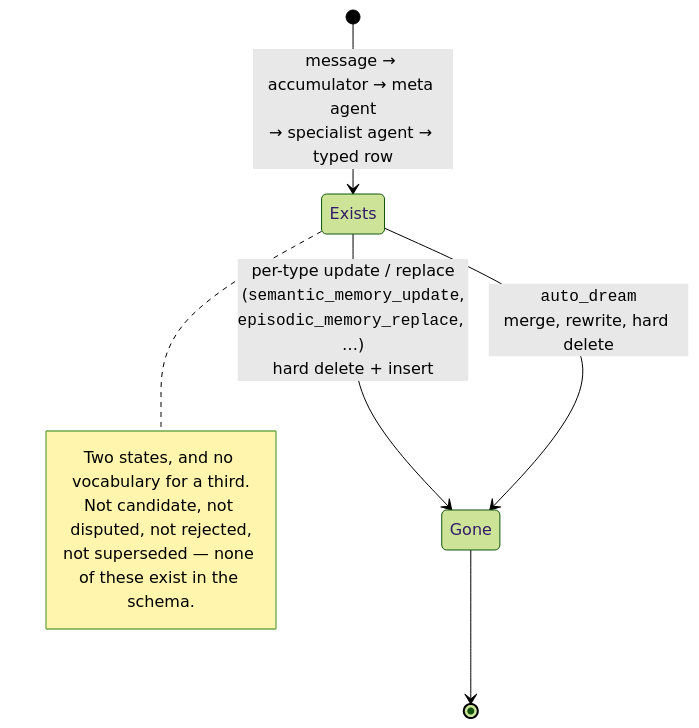
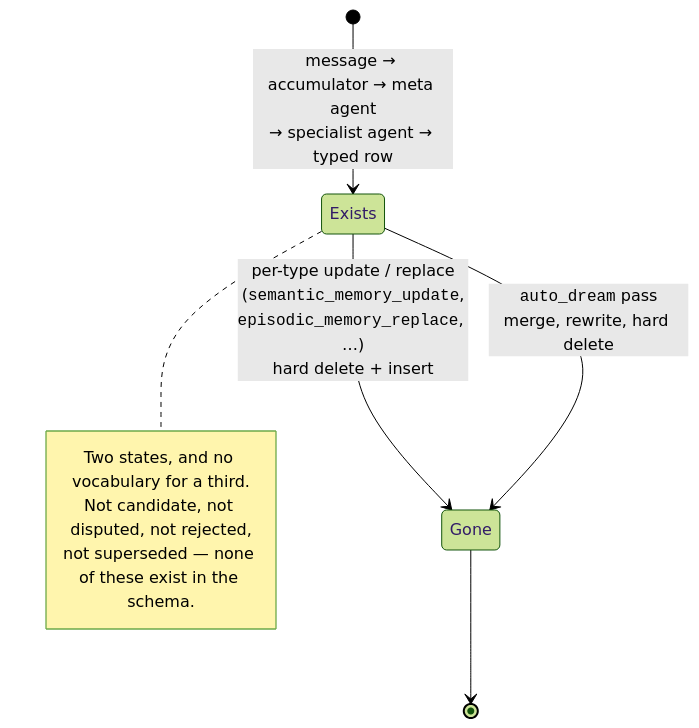
The first of 2 diagrams in content/systems/mirix.md (neoneye/agent-memory-atlas), drawn with Mermaid (forest theme) before and after one commit. The commit also changed other lines of this file and 8 other files, not shown here.

````diff
--- a/content/systems/mirix.md
+++ b/content/systems/mirix.md
@@ -94,14 +120,14 @@
 ```mermaid
 %% caption: two states and no vocabulary for a third — an update is a hard delete and an insert, so nothing can be candidate, disputed, rejected or superseded
 stateDiagram-v2
     direction TB
     [*] --> Exists: message → accumulator → meta agent<br/>→ specialist agent → typed row
     Exists --> Gone: per-type update / replace<br/>(<code>semantic_memory_update</code>,<br/><code>episodic_memory_replace</code>, …)<br/>hard delete + insert
-    Exists --> Gone: <code>auto_dream</code><br/>merge, rewrite, hard delete
+    Exists --> Gone: <code>auto_dream</code> pass<br/>merge, rewrite, hard delete
     Gone --> [*]
     note right of Exists
         Two states, and no vocabulary for a third.
         Not candidate, not disputed, not rejected,
         not superseded — none of these exist in the schema.
     end note
 ```
````
